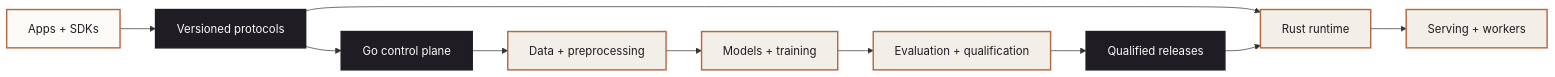
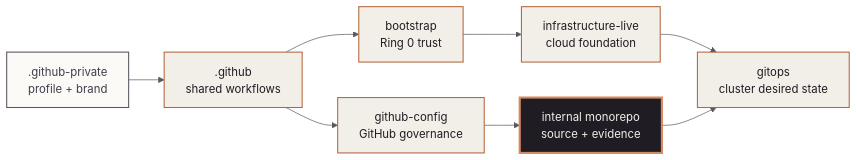
Before and after one commit to mindclade/mindclade-internal-monorepo-old: the diagram in README.md, drawn with Mermaid. The commit also changed other lines of this file and 220 other files, not shown here.

````diff
--- a/README.md
+++ b/README.md
@@ -70,19 +80,18 @@
 ```mermaid
+%% current: mindclade-internal-monorepo %%
+%%{init: {"theme":"base","themeVariables":{"primaryColor":"#F2EFE8","primaryTextColor":"#201C24","primaryBorderColor":"#B5673F","secondaryColor":"#FBFAF7","tertiaryColor":"#FBFAF7","lineColor":"#5B5660","edgeLabelBackground":"#FBFAF7","clusterBkg":"#FBFAF7","clusterBorder":"#E2DED4"}}}%%
 flowchart LR
-    products["Apps + SDKs"] --> contracts["Versioned protocols"]
-    contracts --> control["Go control plane"]
-    contracts --> runtime["Rust runtime"]
-    control --> science["Data + preprocessing"]
-    science --> models["Models + training"]
-    models --> evaluation["Evaluation + qualification"]
-    evaluation --> releases["Qualified releases"]
-    releases --> runtime
-    runtime --> serving["Serving + workers"]
-
-    classDef product fill:#FBFAF7,stroke:#B5673F,color:#201C24,stroke-width:2px;
-    classDef authority fill:#201C24,stroke:#201C24,color:#FBFAF7,stroke-width:2px;
-    classDef execution fill:#F2EFE8,stroke:#B5673F,color:#201C24,stroke-width:2px;
-    class products product;
-    class contracts,control,releases authority;
-    class runtime,science,models,evaluation,serving execution;
+    GHP[".github-private<br/>profile + brand"] --> GH[".github<br/>shared workflows"]
+    GH --> GC["github-config<br/>GitHub governance"]
+    GH --> BS["bootstrap<br/>Ring 0 trust"]
+    BS --> IL["infrastructure-live<br/>cloud foundation"]
+    IL --> GO["gitops<br/>cluster desired state"]
+    MO["internal monorepo<br/>source + evidence"] --> GO
+    GC --> MO
+    classDef current fill:#201C24,color:#F2EFE8,stroke:#D68A61,stroke-width:3px;
+    classDef managed fill:#F2EFE8,color:#201C24,stroke:#B5673F,stroke-width:1.5px;
+    classDef source fill:#FBFAF7,color:#423D48,stroke:#5B5660,stroke-width:1.5px;
+    class MO current;
+    class GH,GC,BS,IL,GO managed;
+    class GHP source;
 ```
````
